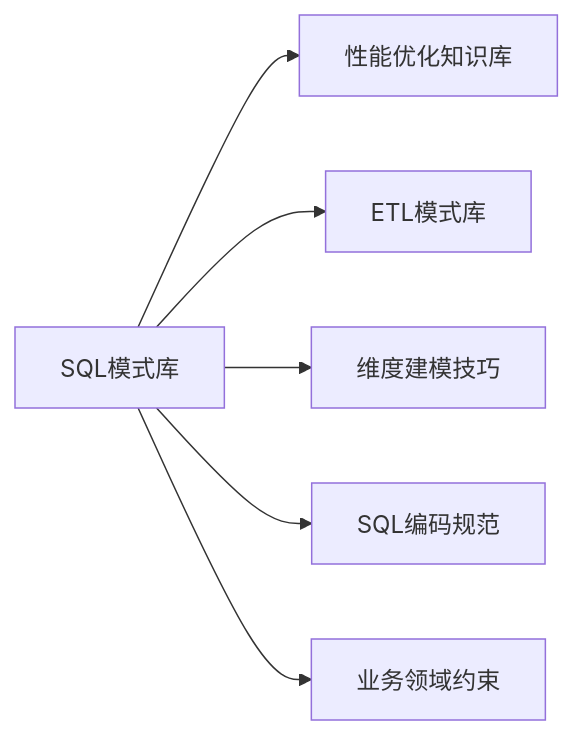
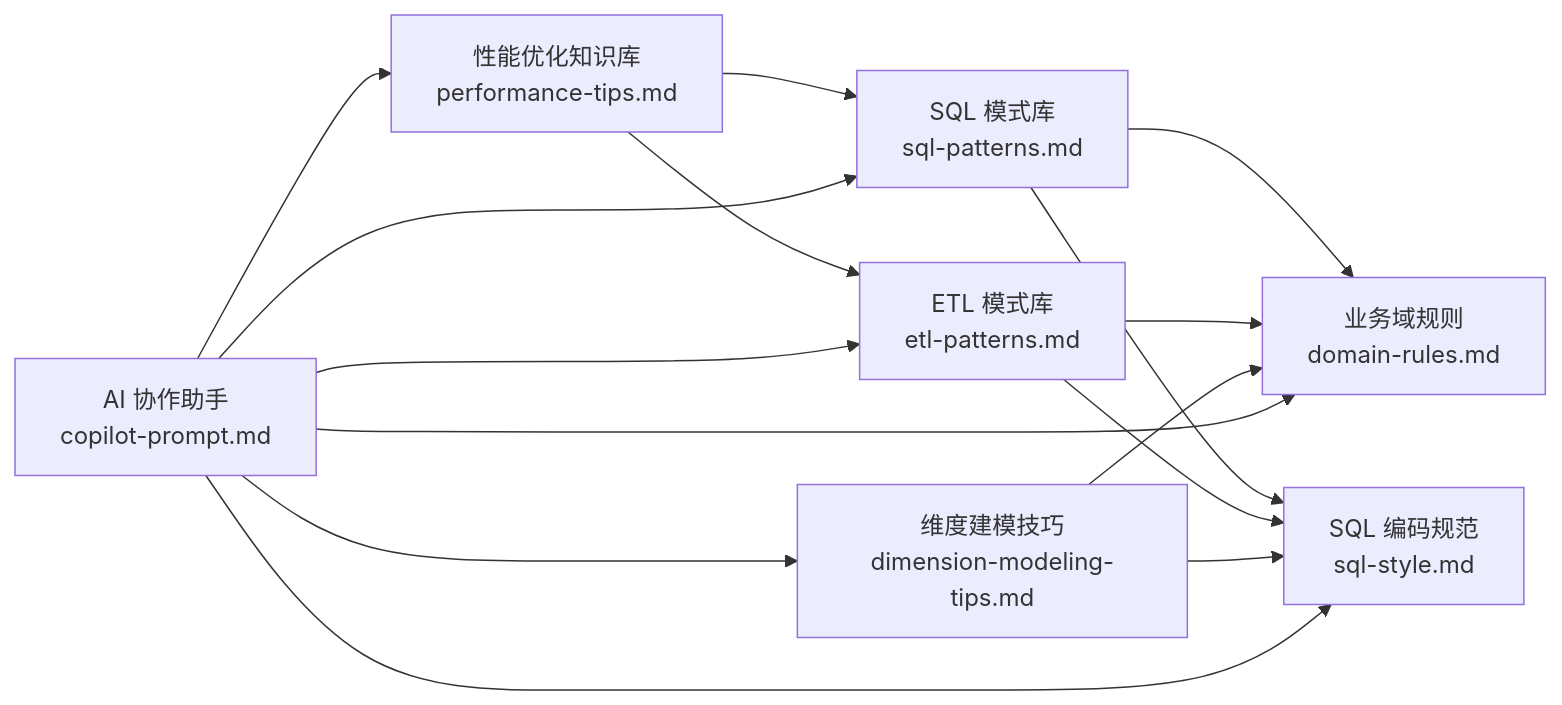
Before and after one commit to 13679659643/Data_Warehouse_Engineering: the third of 3 diagrams in .qoder/repowiki/zh/content/知识库系统/SQL模式库.md, drawn with Mermaid. The commit also changed other lines of this file and 88 other files, not shown here.

````diff
--- a/.qoder/repowiki/zh/content/知识库系统/SQL模式库.md
+++ b/.qoder/repowiki/zh/content/知识库系统/SQL模式库.md
@@ -315,8 +313,17 @@
 ```mermaid
 graph LR
-SP["SQL模式库"] --> PT["性能优化知识库"]
-SP --> EP["ETL模式库"]
-SP --> DM["维度建模技巧"]
-SP --> SR["SQL编码规范"]
-SP --> DR["业务领域约束"]
+SP["SQL 模式库<br/>sql-patterns.md"] --> DR["业务域规则<br/>domain-rules.md"]
+SP --> SS["SQL 编码规范<br/>sql-style.md"]
+EP["ETL 模式库<br/>etl-patterns.md"] --> DR
+EP --> SS
+DM["维度建模技巧<br/>dimension-modeling-tips.md"] --> DR
+DM --> SS
+PT["性能优化知识库<br/>performance-tips.md"] --> SP
+PT --> EP
+CP["AI 协作助手<br/>copilot-prompt.md"] --> SP
+CP --> EP
+CP --> PT
+CP --> DM
+CP --> DR
+CP --> SS
 ```
````
